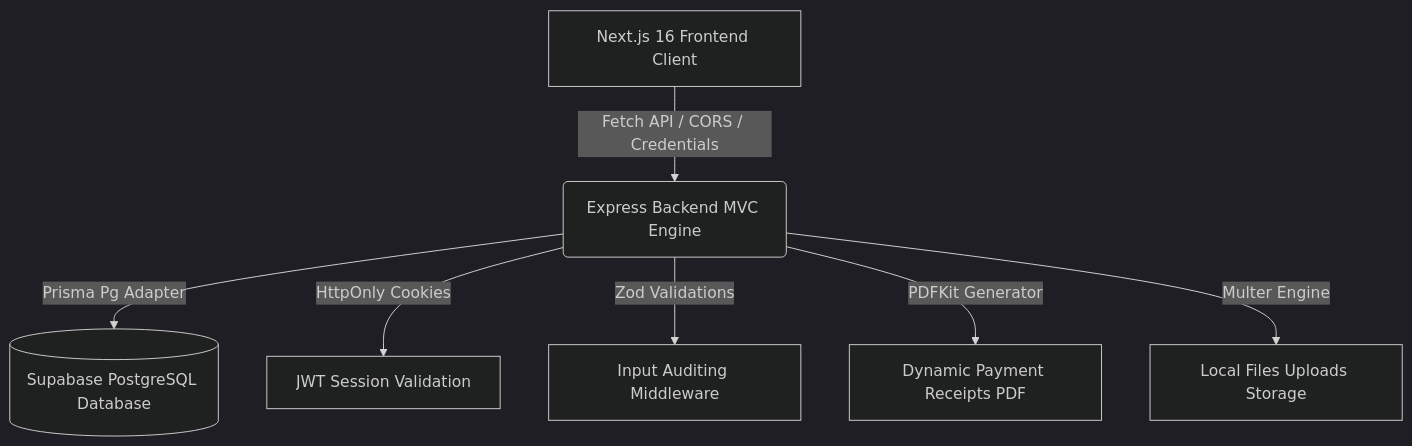
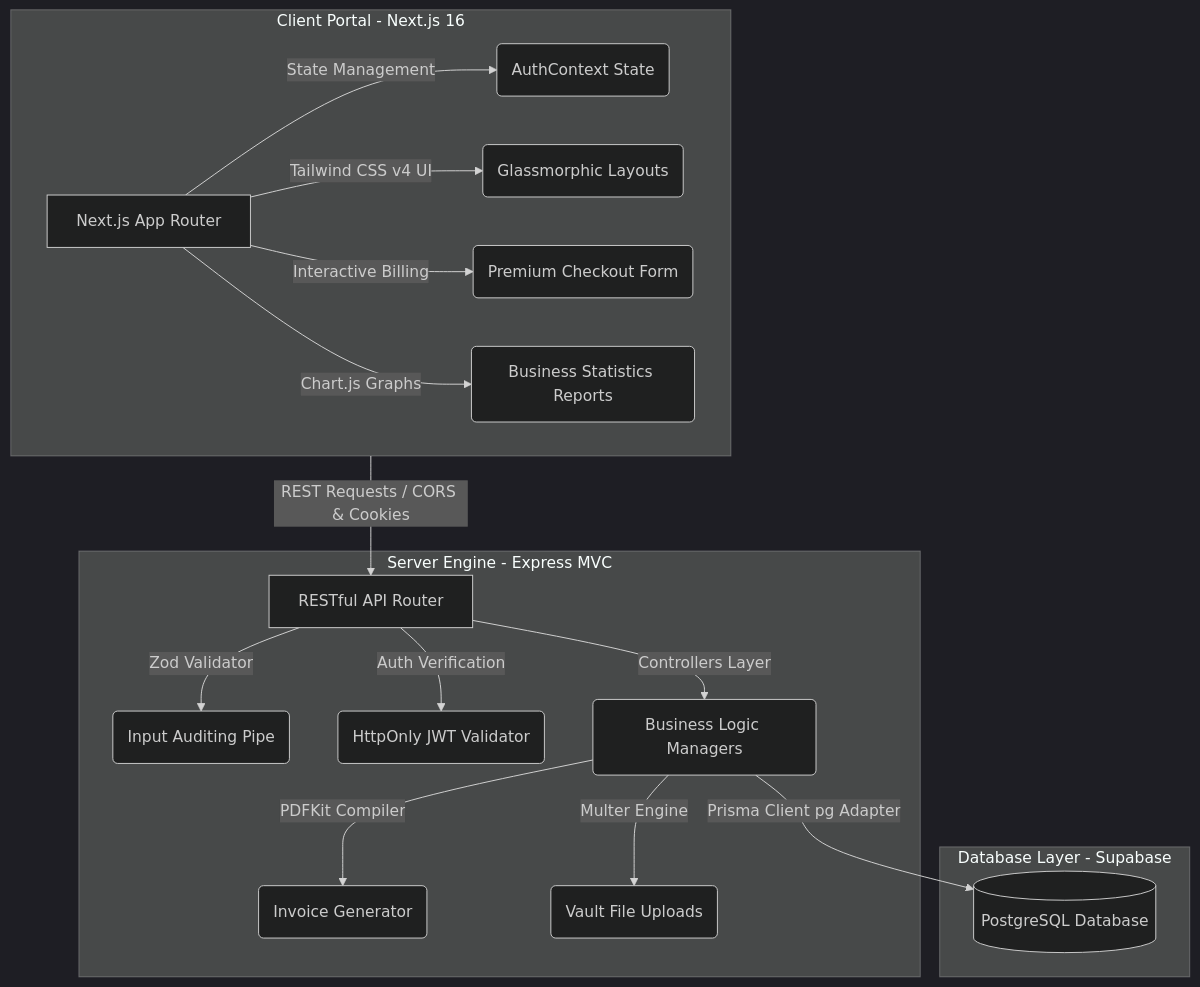
Before and after one commit to SaurabhPandey016/Insurance_management_system: the diagram in README.md, drawn with Mermaid (dark theme). The commit also changed other lines of this file and 3 other files, not shown here.

````diff
--- a/README.md
+++ b/README.md
@@ -14,9 +15,28 @@
 ```mermaid
 graph TD
-    A[Next.js 16 Frontend Client] -->|Fetch API / CORS / Credentials| B(Express Backend MVC Engine)
-    B -->|Prisma Pg Adapter| C[(Supabase PostgreSQL Database)]
-    B -->|HttpOnly Cookies| D[JWT Session Validation]
-    B -->|Zod Validations| E[Input Auditing Middleware]
-    B -->|PDFKit Generator| F[Dynamic Payment Receipts PDF]
-    B -->|Multer Engine| G[Local Files Uploads Storage]
+    %% Frontend Layer
+    subgraph Client [Client Portal - Next.js 16]
+        A[Next.js App Router] -->|State Management| B(AuthContext State)
+        A -->|Tailwind CSS v4 UI| C(Glassmorphic Layouts)
+        A -->|Interactive Billing| D(Premium Checkout Form)
+        A -->|Chart.js Graphs| E(Business Statistics Reports)
+    end
+
+    %% Backend Layer
+    subgraph Engine [Server Engine - Express MVC]
+        F[RESTful API Router] -->|Zod Validator| G(Input Auditing Pipe)
+        F -->|Auth Verification| H(HttpOnly JWT Validator)
+        F -->|Controllers Layer| I(Business Logic Managers)
+        I -->|PDFKit Compiler| J(Invoice Generator)
+        I -->|Multer Engine| K(Vault File Uploads)
+    end
+
+    %% Database Layer
+    subgraph Persistence [Database Layer - Supabase]
+        L[(PostgreSQL Database)]
+    end
+
+    %% Workflow relations
+    Client -->|REST Requests / CORS & Cookies| F
+    I -->|Prisma Client pg Adapter| L
 ```
````
